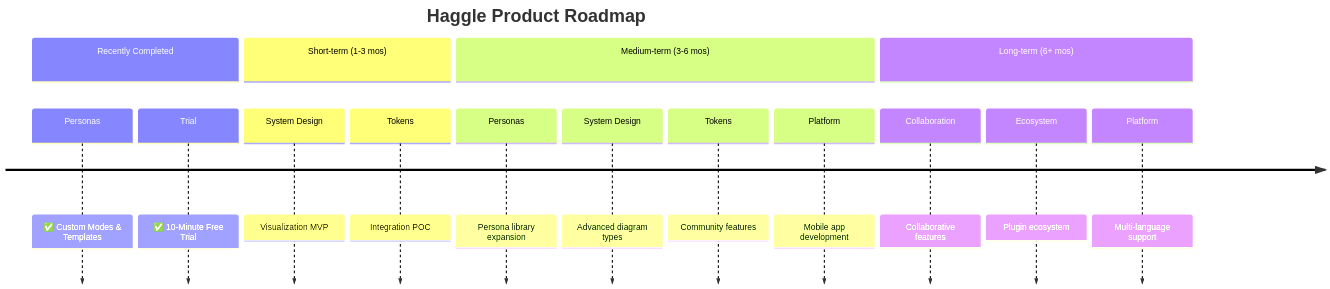
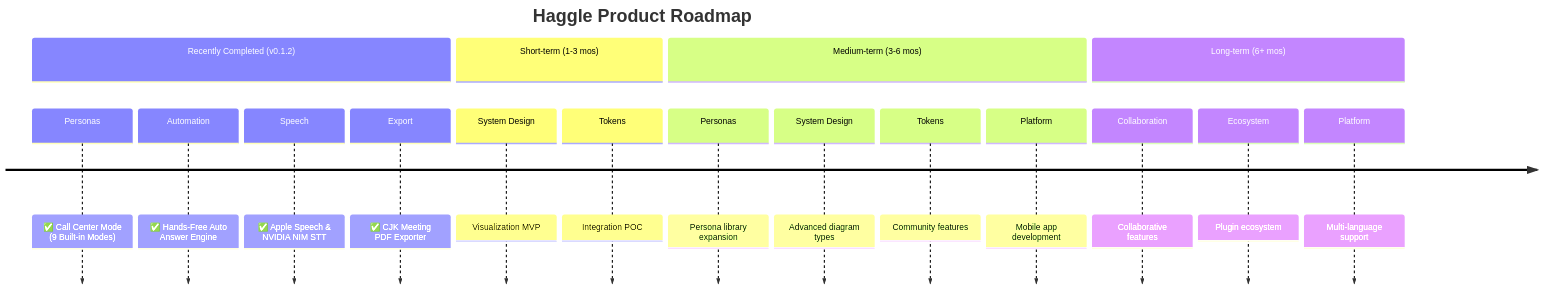
The diagram in README.md (Algeris/haggle-releases), drawn with Mermaid before and after one commit. The commit also changed other lines of this file and 9 other files, not shown here.

Commit message:
docs: sync architecture, endpoints, v0.1.2 features, and release notes

````diff
--- a/README.md
+++ b/README.md
@@ -714,19 +727,21 @@
 ```mermaid
 timeline
     title Haggle Product Roadmap
-    section Recently Completed
-        Personas : ✅ Custom Modes & Templates
-        Trial : ✅ 10-Minute Free Trial
+    section Recently Completed (v0.1.2)
+        Personas : ✅ Call Center Mode (9 Built-in Modes)
+        Automation : ✅ Hands-Free Auto Answer Engine
+        Speech : ✅ Apple Speech & NVIDIA NIM STT
+        Export : ✅ CJK Meeting PDF Exporter
     section Short-term (1-3 mos)
         System Design : Visualization MVP
         Tokens : Integration POC
     section Medium-term (3-6 mos)
         Personas : Persona library expansion
         System Design : Advanced diagram types
         Tokens : Community features
         Platform : Mobile app development
     section Long-term (6+ mos)
         Collaboration : Collaborative features
         Ecosystem : Plugin ecosystem
         Platform : Multi-language support
 ```
````
